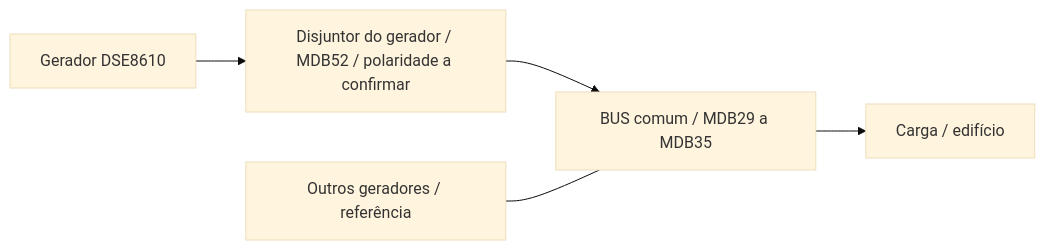
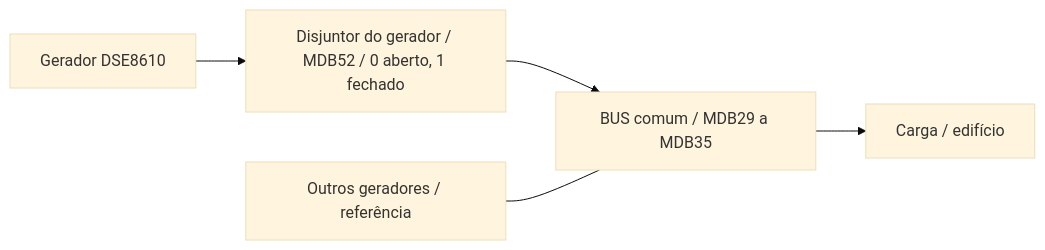
The diagram in DSE8610_ANALISE/DSE8610_ANALISE.md (jbgodoy6/logsis), drawn with Mermaid (base theme) before and after one commit. The commit also changed other lines of this file and 3 other files, not shown here.

````diff
--- a/DSE8610_ANALISE/DSE8610_ANALISE.md
+++ b/DSE8610_ANALISE/DSE8610_ANALISE.md
@@ -64,7 +64,7 @@
 ```mermaid
 flowchart LR
-    G["Gerador DSE8610"] --> D["Disjuntor do gerador / MDB52 / polaridade a confirmar"]
+    G["Gerador DSE8610"] --> D["Disjuntor do gerador / MDB52 / 0 aberto, 1 fechado"]
     D --> B["BUS comum / MDB29 a MDB35"]
     O["Outros geradores / referência"] --- B
     B --> C["Carga / edifício"]
 ```
````
